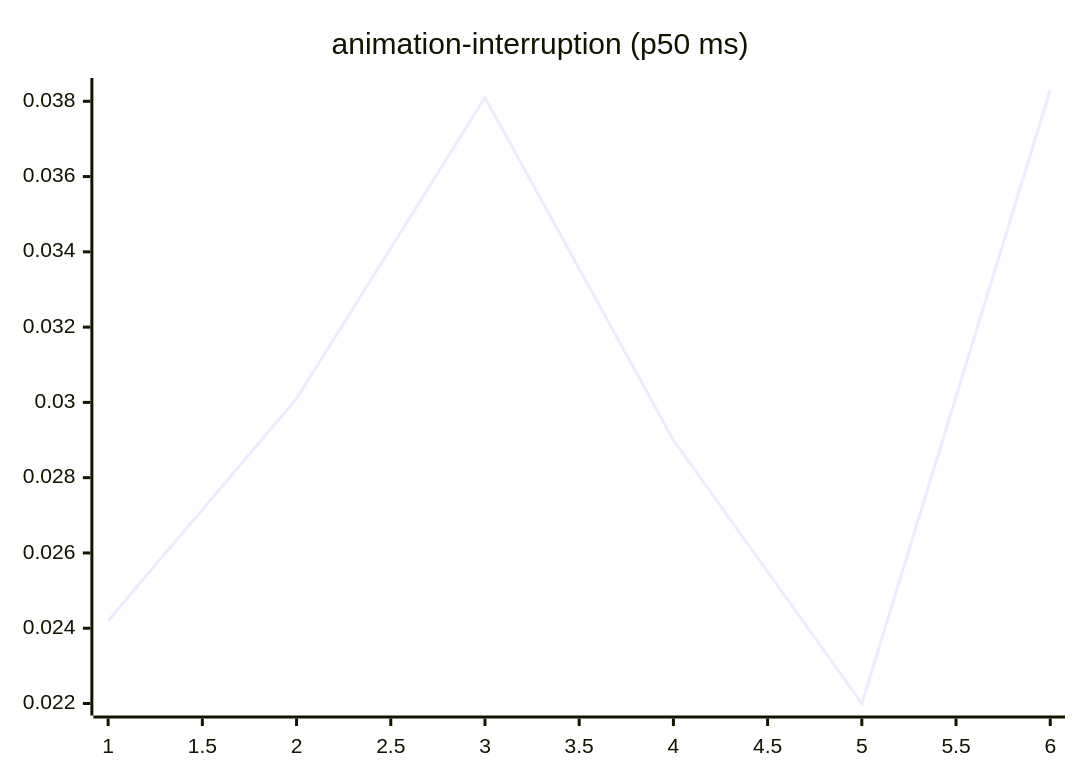
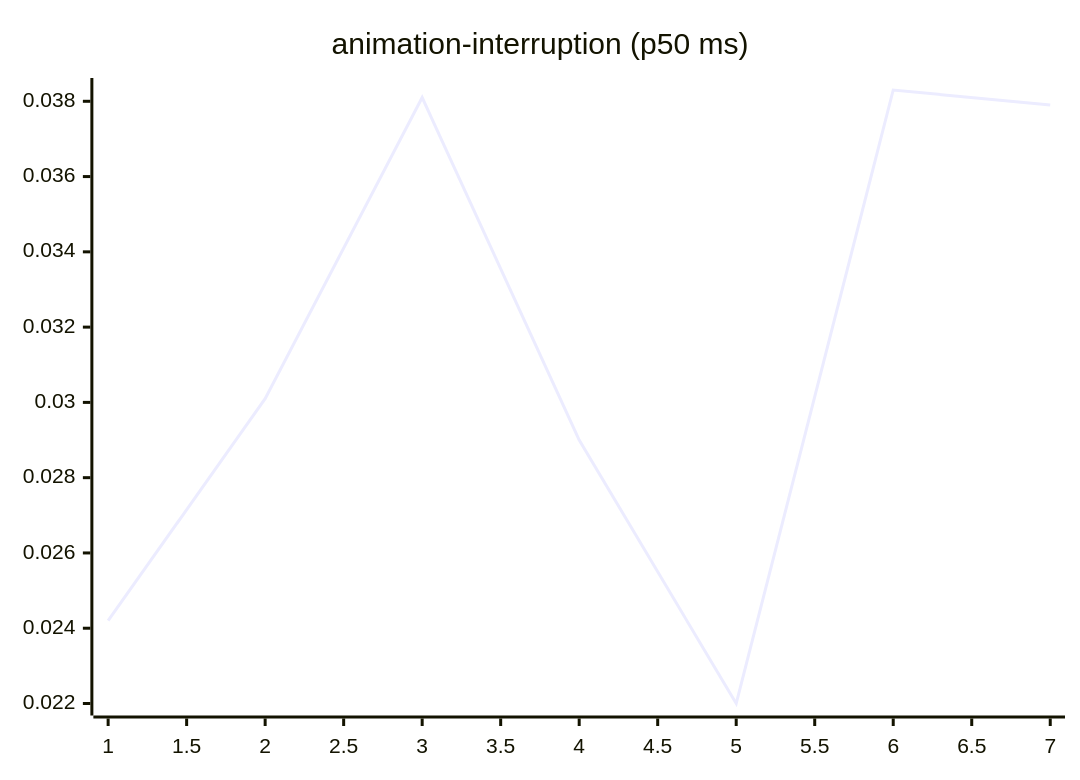
One commit to josha/Facet changed the third of 27 diagrams in README.md. Above: the diagram before and after it, drawn with Mermaid. The commit also changed other lines of this file and 2 other files, not shown here.

````diff
--- a/README.md
+++ b/README.md
@@ -77,6 +77,6 @@
 ```mermaid
 xychart-beta
     title "animation-interruption (p50 ms)"
-    x-axis 1 --> 6
-    line [0.0242, 0.0301, 0.0381, 0.0290, 0.0220, 0.0383]
+    x-axis 1 --> 7
+    line [0.0242, 0.0301, 0.0381, 0.0290, 0.0220, 0.0383, 0.0379]
 ```
````
